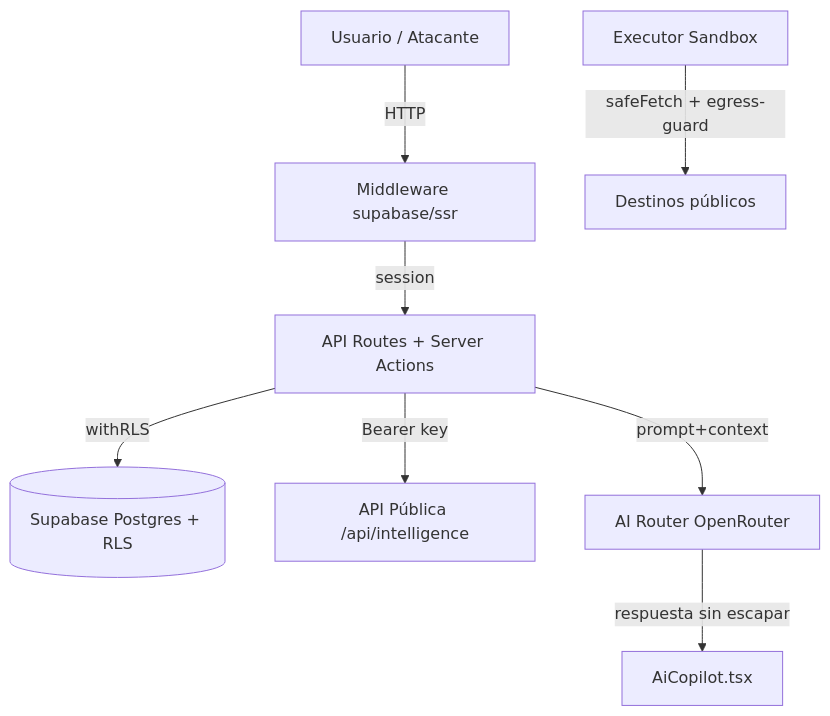
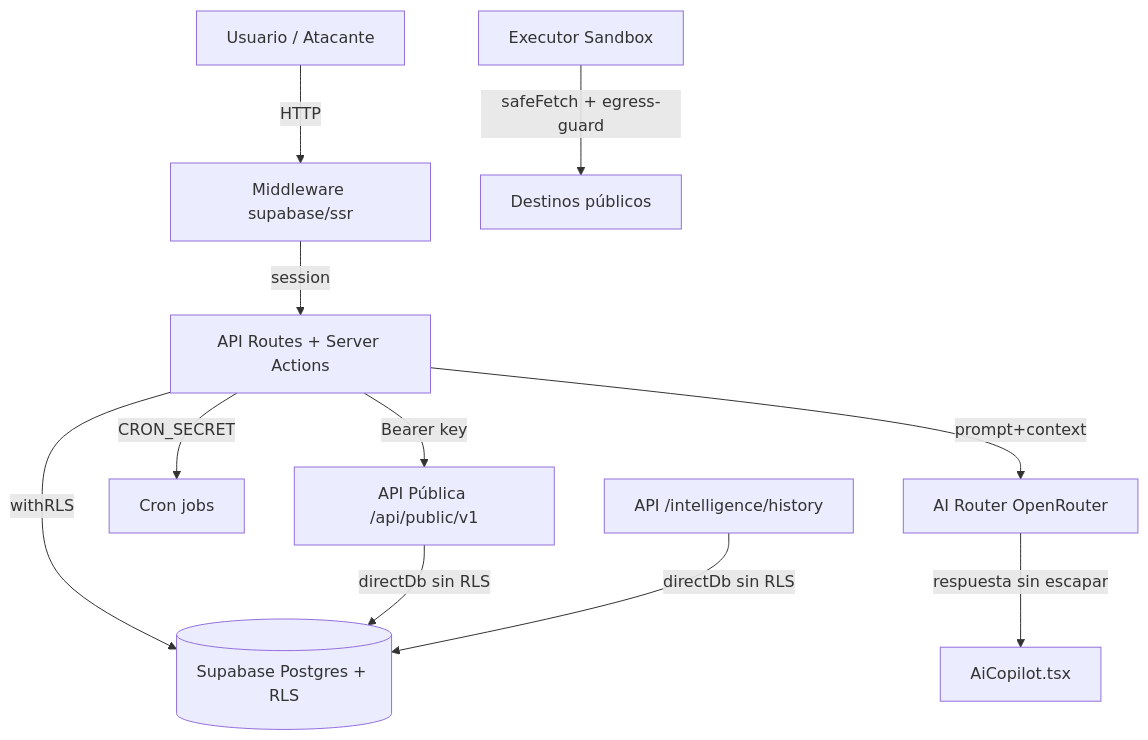
One commit to StrategicConnex/StrategicConnexAudit changed the diagram in docs/security/SECURITY-AUDIT-REPORT.md. Above: the diagram before and after it, drawn with Mermaid. The commit also changed other lines of this file and 3 other files, not shown here.

````diff
--- a/docs/security/SECURITY-AUDIT-REPORT.md
+++ b/docs/security/SECURITY-AUDIT-REPORT.md
@@ -40,10 +56,13 @@
 ```mermaid
 flowchart TB
   U[Usuario / Atacante] -->|HTTP| MW[Middleware supabase/ssr]
   MW -->|session| API[API Routes + Server Actions]
   API -->|withRLS| DB[(Supabase Postgres + RLS)]
-  API -->|Bearer key| PUB[API Pública /api/intelligence]
+  API -->|Bearer key| PUB[API Pública /api/public/v1]
+  API -->|CRON_SECRET| CRON[Cron jobs]
   API -->|prompt+context| AIR[AI Router OpenRouter]
   AIR -->|respuesta sin escapar| COP[AiCopilot.tsx]
   ADV[Executor Sandbox] -->|safeFetch + egress-guard| NET[Destinos públicos]
+  PUB -->|directDb sin RLS| DB
+  HIST[API /intelligence/history] -->|directDb sin RLS| DB
 ```
````
